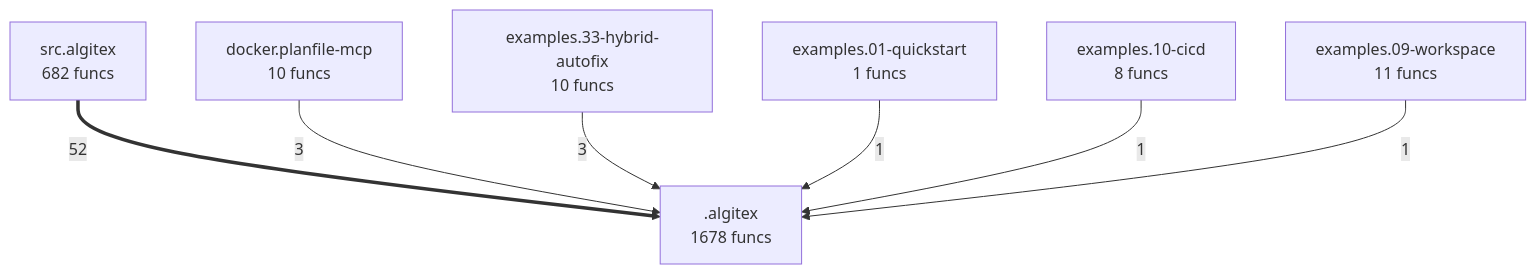
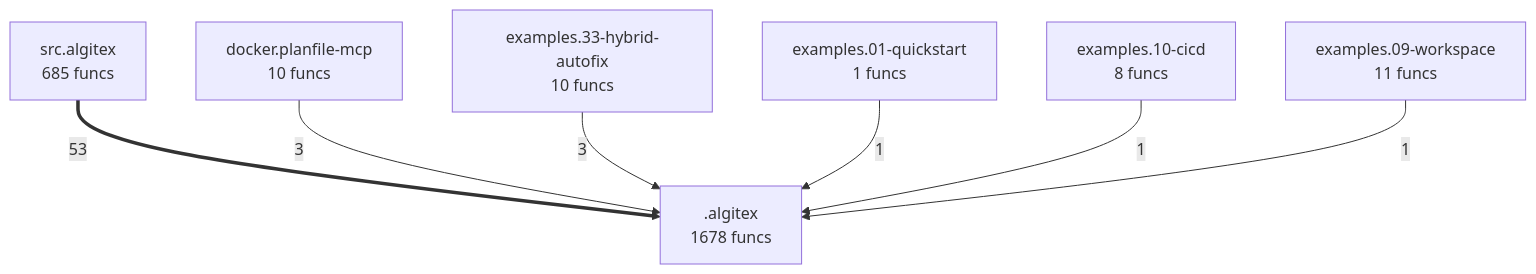
One commit to semcod/algitex changed the diagram in project/compact_flow.mmd. Above: the diagram before and after it, drawn with Mermaid. The commit also changed 39 other files, not shown here.

```diff
--- a/project/compact_flow.mmd
+++ b/project/compact_flow.mmd
@@ -1,14 +1,14 @@
 flowchart TD
     M___algitex[".algitex<br/>1678 funcs"]
     docker__planfile_mcp["docker.planfile-mcp<br/>10 funcs"]
     examples__01_quickstart["examples.01-quickstart<br/>1 funcs"]
     examples__09_workspace["examples.09-workspace<br/>11 funcs"]
     examples__10_cicd["examples.10-cicd<br/>8 funcs"]
     examples__33_hybrid_autofix["examples.33-hybrid-autofix<br/>10 funcs"]
-    src__algitex["src.algitex<br/>682 funcs"]
-    src__algitex ==>|52| M___algitex
+    src__algitex["src.algitex<br/>685 funcs"]
+    src__algitex ==>|53| M___algitex
     docker__planfile_mcp -->|3| M___algitex
     examples__33_hybrid_autofix -->|3| M___algitex
     examples__01_quickstart -->|1| M___algitex
     examples__10_cicd -->|1| M___algitex
     examples__09_workspace -->|1| M___algitex
```
